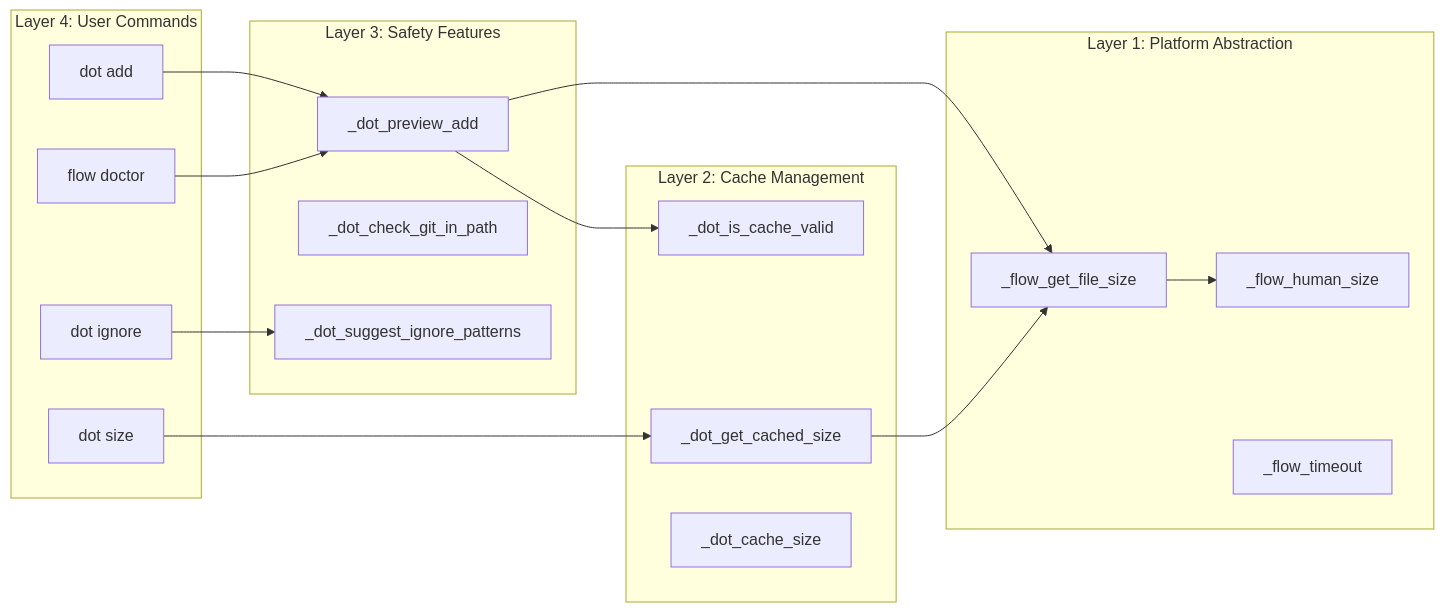
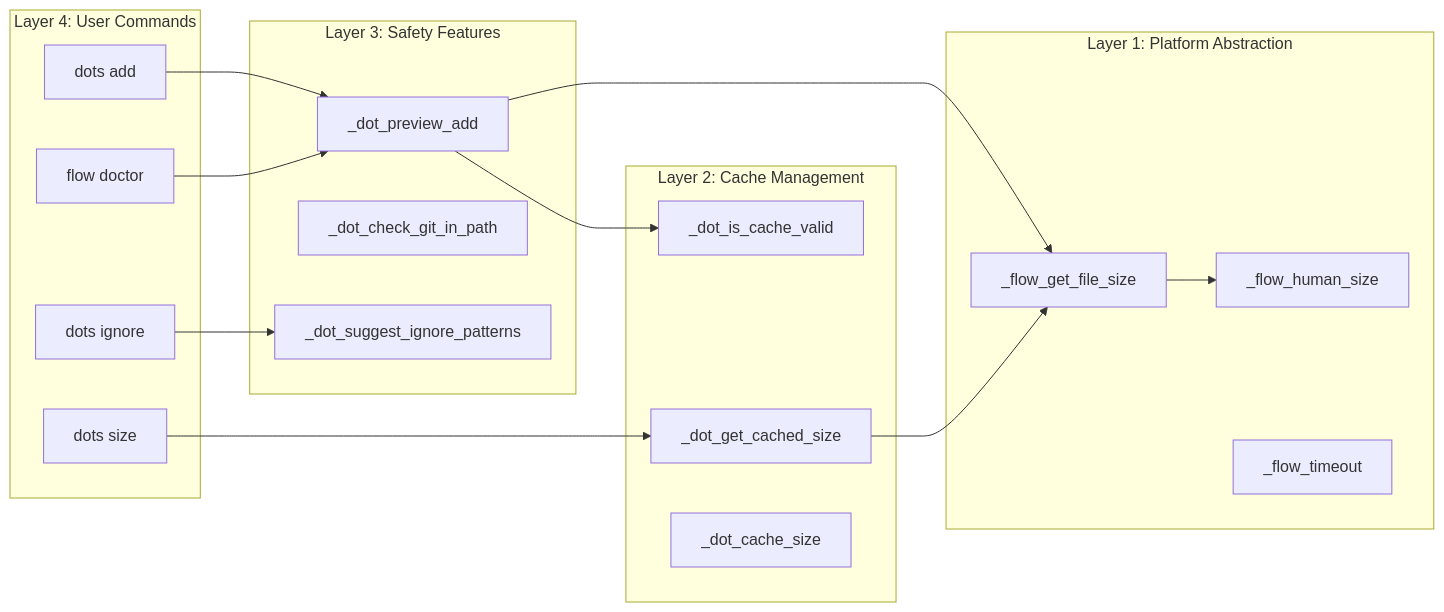
Before and after one commit to Data-Wise/flow-cli: the second of 15 diagrams in docs/architecture/DOT-SAFETY-ARCHITECTURE.md, drawn with Mermaid. The commit also changed other lines of this file and 91 other files, not shown here.

First line of the commit message:
feat: split dot dispatcher into dots, sec, tok (#381)

````diff
--- a/docs/architecture/DOT-SAFETY-ARCHITECTURE.md
+++ b/docs/architecture/DOT-SAFETY-ARCHITECTURE.md
@@ -77,36 +77,36 @@
 ```mermaid
 graph LR
     subgraph "Layer 1: Platform Abstraction"
         L1A[_flow_get_file_size]
         L1B[_flow_human_size]
         L1C[_flow_timeout]
     end
 
     subgraph "Layer 2: Cache Management"
         L2A[_dot_is_cache_valid]
         L2B[_dot_get_cached_size]
         L2C[_dot_cache_size]
     end
 
     subgraph "Layer 3: Safety Features"
         L3A[_dot_preview_add]
         L3B[_dot_check_git_in_path]
         L3C[_dot_suggest_ignore_patterns]
     end
 
     subgraph "Layer 4: User Commands"
-        L4A[dot add]
-        L4B[dot ignore]
-        L4C[dot size]
+        L4A[dots add]
+        L4B[dots ignore]
+        L4C[dots size]
         L4D[flow doctor]
     end
 
     L4A --> L3A
     L4B --> L3C
     L4C --> L2B
     L4D --> L3A
     L3A --> L2A
     L3A --> L1A
     L2B --> L1A
     L1A --> L1B
 ```
````
